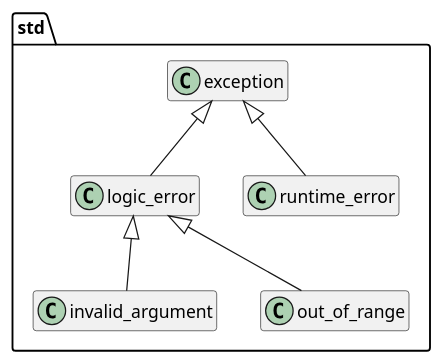
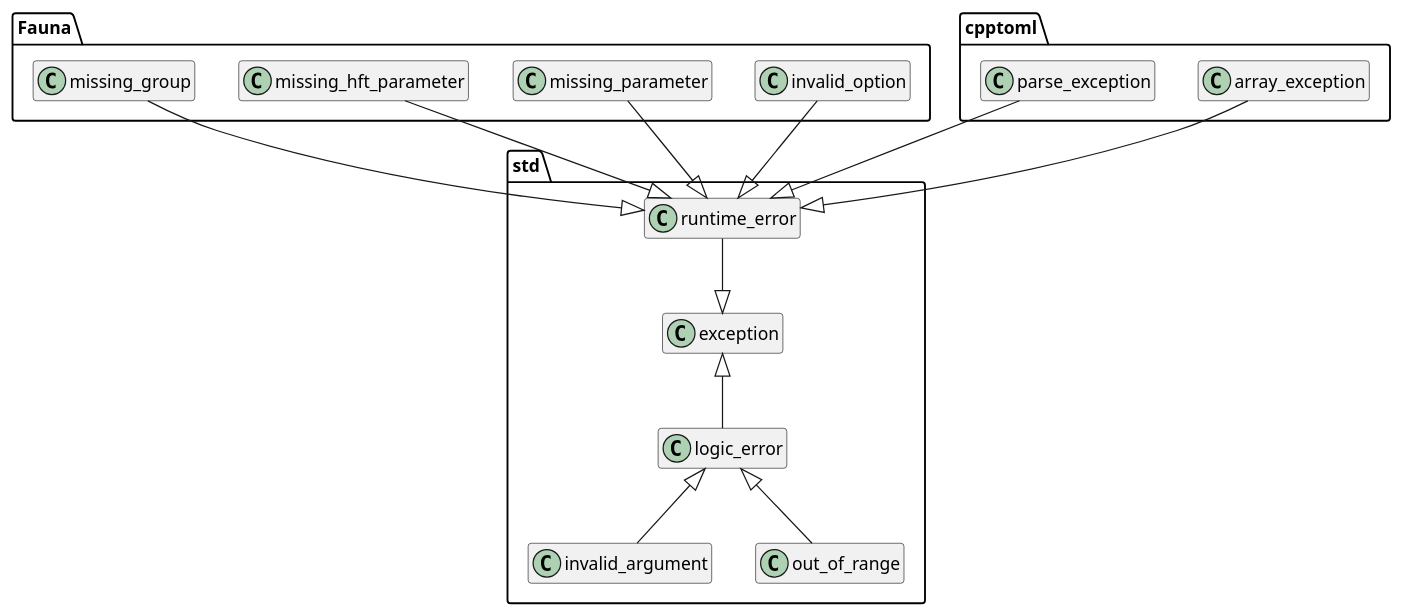
The third of 21 diagrams in docs/diagrams.iuml (wtraylor/modular_megafauna_model), drawn with PlantUML before and after one commit. The commit also changed 1 other file, not shown here.

Commit message:
Rewrite error handling section

```diff
--- a/docs/diagrams.iuml
+++ b/docs/diagrams.iuml
@@ -41,10 +41,20 @@
 @startuml (id=exception_classes)
+  hide members
+  hide methods
 	namespace std{
-		hide members
-		hide methods
-		exception <|-- logic_error
-		exception <|-- runtime_error
+		exception   <|-- logic_error
+    exception   <|-up- runtime_error
 		logic_error <|-- invalid_argument
 		logic_error <|-- out_of_range
 	}
+  namespace Fauna{
+    invalid_option        --|> std.runtime_error
+    missing_parameter     --|> std.runtime_error
+    missing_hft_parameter --|> std.runtime_error
+    missing_group         --|> std.runtime_error
+  }
+  namespace cpptoml{
+    array_exception --|> std.runtime_error
+    parse_exception --|> std.runtime_error
+  }
 @enduml
```
